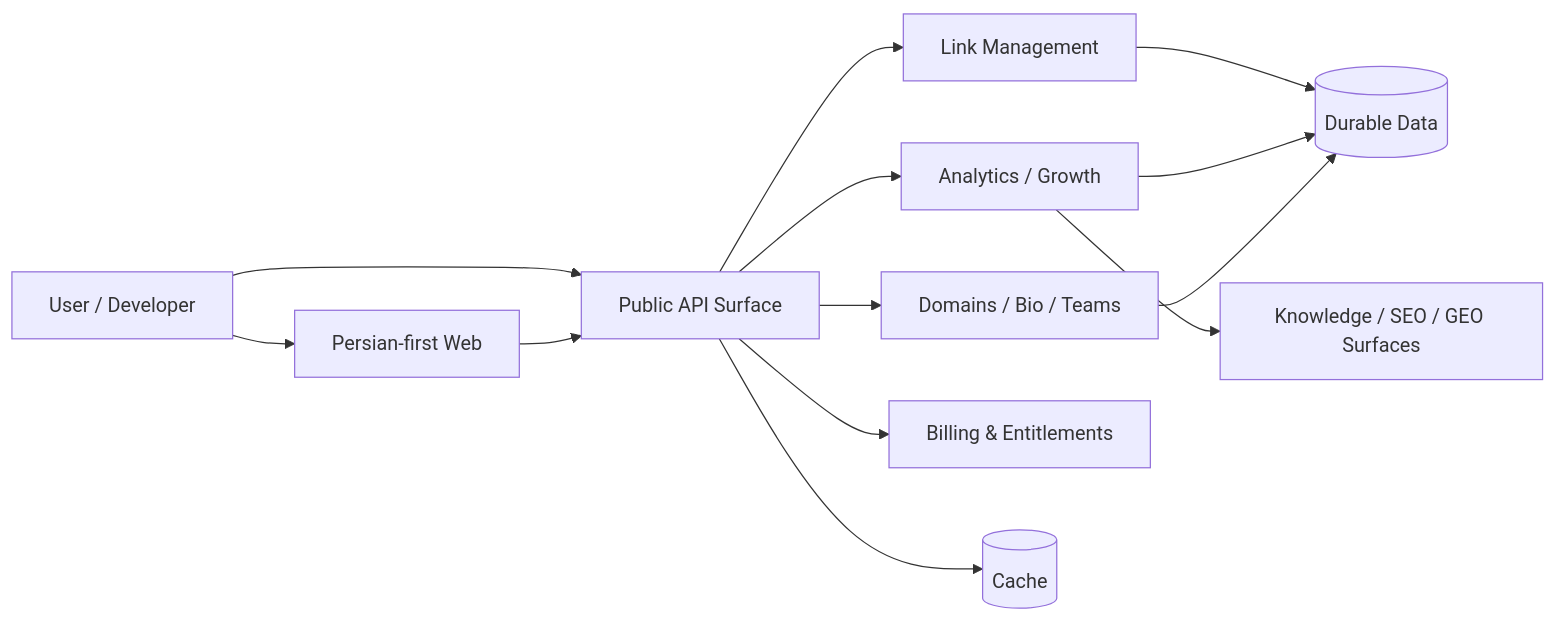
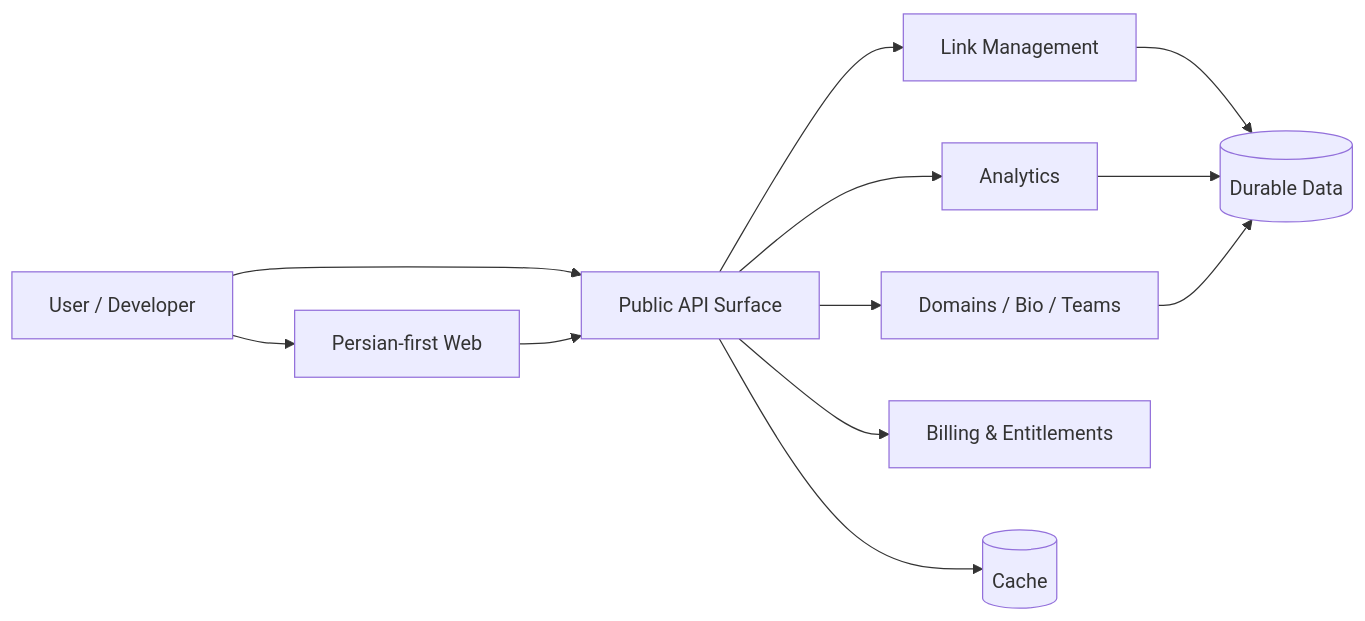
The diagram in README.md (LinkResan/LinkResan), drawn with Mermaid before and after one commit. The commit also changed other lines of this file and 1 other file, not shown here.

````diff
--- a/README.md
+++ b/README.md
@@ -138,15 +100,14 @@
 ```mermaid
 flowchart LR
     U[User / Developer] --> W[Persian-first Web]
     U --> API[Public API Surface]
     W --> API
     API --> L[Link Management]
-    API --> A[Analytics / Growth]
+    API --> A[Analytics]
     API --> P[Domains / Bio / Teams]
     API --> B[Billing & Entitlements]
-    A --> K[Knowledge / SEO / GEO Surfaces]
     L --> D[(Durable Data)]
     A --> D
     P --> D
     API --> C[(Cache)]
 ```
````
